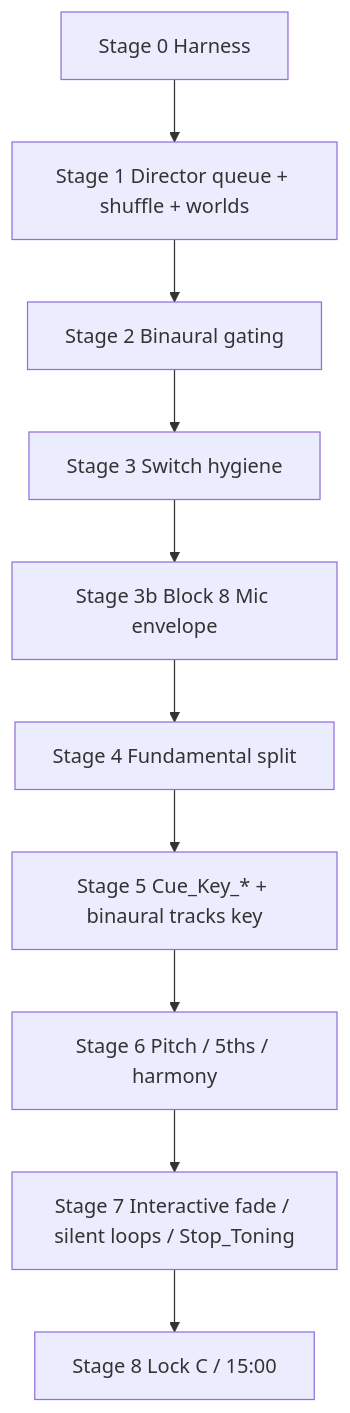
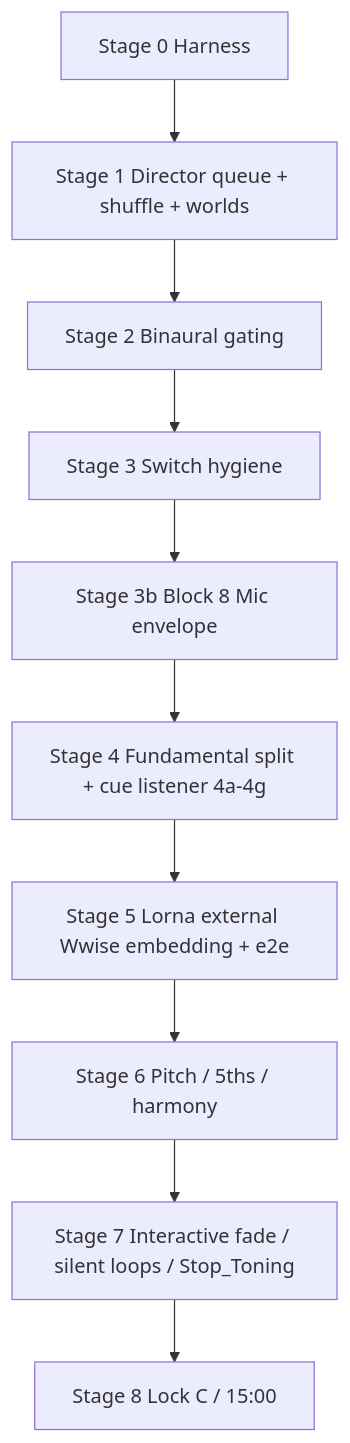
The diagram in Docs/BLOCKS_4_5_7_PLAN.md (videodreaming/SoundSelfUnityMacGame), drawn with Mermaid before and after one commit. The commit also changed other lines of this file and 1 other file, not shown here.

First line of the commit message:
Block 7 (Stage 4a): remove dead fundamental/harmony fields + Stage 4 design

````diff
--- a/Docs/BLOCKS_4_5_7_PLAN.md
+++ b/Docs/BLOCKS_4_5_7_PLAN.md
@@ -506,14 +625,14 @@
 ```mermaid
 flowchart TD
   S0[Stage 0 Harness]
   S1[Stage 1 Director queue + shuffle + worlds]
   S2[Stage 2 Binaural gating]
   S3[Stage 3 Switch hygiene]
   S3b[Stage 3b Block 8 Mic envelope]
-  S4[Stage 4 Fundamental split]
-  S5[Stage 5 Cue_Key_* + binaural tracks key]
+  S4[Stage 4 Fundamental split + cue listener 4a-4g]
+  S5[Stage 5 Lorna external Wwise embedding + e2e]
   S6[Stage 6 Pitch / 5ths / harmony]
   S7[Stage 7 Interactive fade / silent loops / Stop_Toning]
   S8[Stage 8 Lock C / 15:00]
   S0 --> S1 --> S2 --> S3 --> S3b --> S4 --> S5 --> S6 --> S7 --> S8
 ```
````
